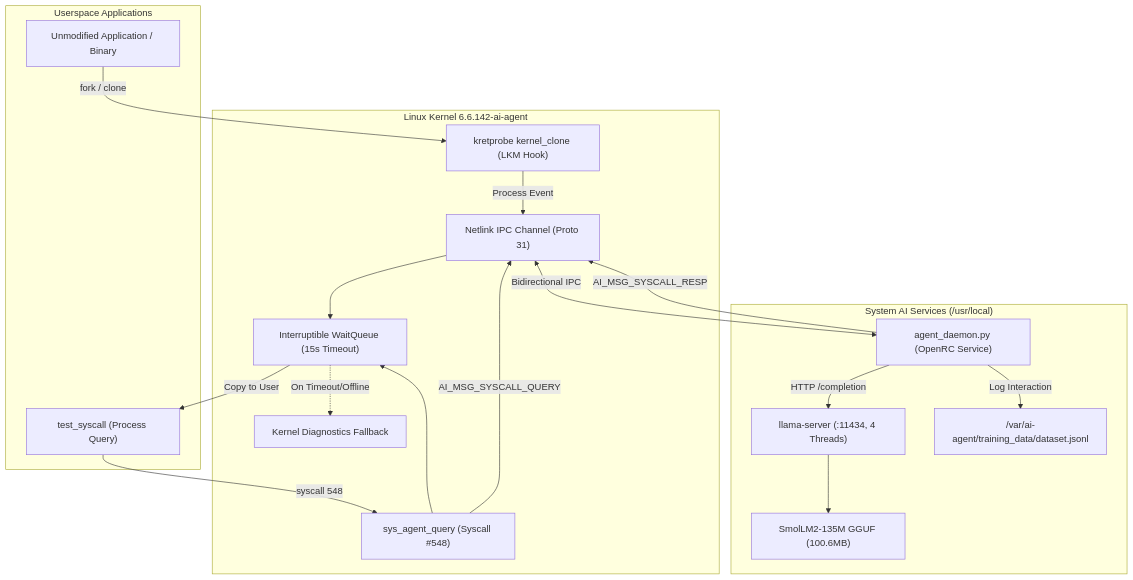
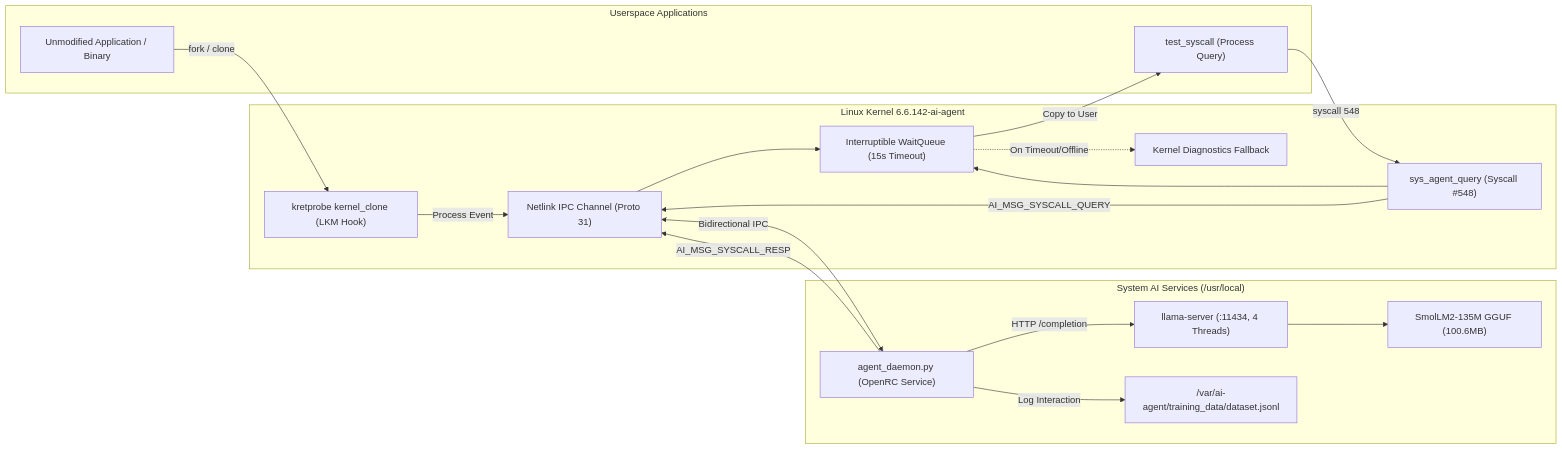
The diagram in README.md (PushkarP-404/os-ai-agent), drawn with Mermaid before and after one commit.

Commit message:
doc: readme fowchart changes

````diff
--- a/README.md
+++ b/README.md
@@ -53,36 +53,36 @@
 ```mermaid
-graph TD
+graph LR
     subgraph Userspace ["Userspace Applications"]
         App["Unmodified Application / Binary"]
         TestProg["test_syscall (Process Query)"]
     end
 
     subgraph Kernel ["Linux Kernel 6.6.142-ai-agent"]
         Syscall["sys_agent_query (Syscall #548)"]
         KHook["kretprobe kernel_clone (LKM Hook)"]
         Netlink["Netlink IPC Channel (Proto 31)"]
         WaitQueue["Interruptible WaitQueue (15s Timeout)"]
         Fallback["Kernel Diagnostics Fallback"]
     end
 
     subgraph UserServices ["System AI Services (/usr/local)"]
         Daemon["agent_daemon.py (OpenRC Service)"]
         LlamaServer["llama-server (:11434, 4 Threads)"]
         Model["SmolLM2-135M GGUF (100.6MB)"]
         Dataset["/var/ai-agent/training_data/dataset.jsonl"]
     end
 
     TestProg -->|syscall 548| Syscall
     App -->|fork / clone| KHook
     KHook -->|Process Event| Netlink
     Syscall --> WaitQueue
     Syscall -->|AI_MSG_SYSCALL_QUERY| Netlink
     Netlink <-->|Bidirectional IPC| Daemon
     Daemon -->|HTTP /completion| LlamaServer
     LlamaServer --> Model
     Daemon -->|AI_MSG_SYSCALL_RESP| Netlink
     Netlink --> WaitQueue
     WaitQueue -->|Copy to User| TestProg
     WaitQueue -.->|On Timeout/Offline| Fallback
     Daemon -->|Log Interaction| Dataset
 ```
````
